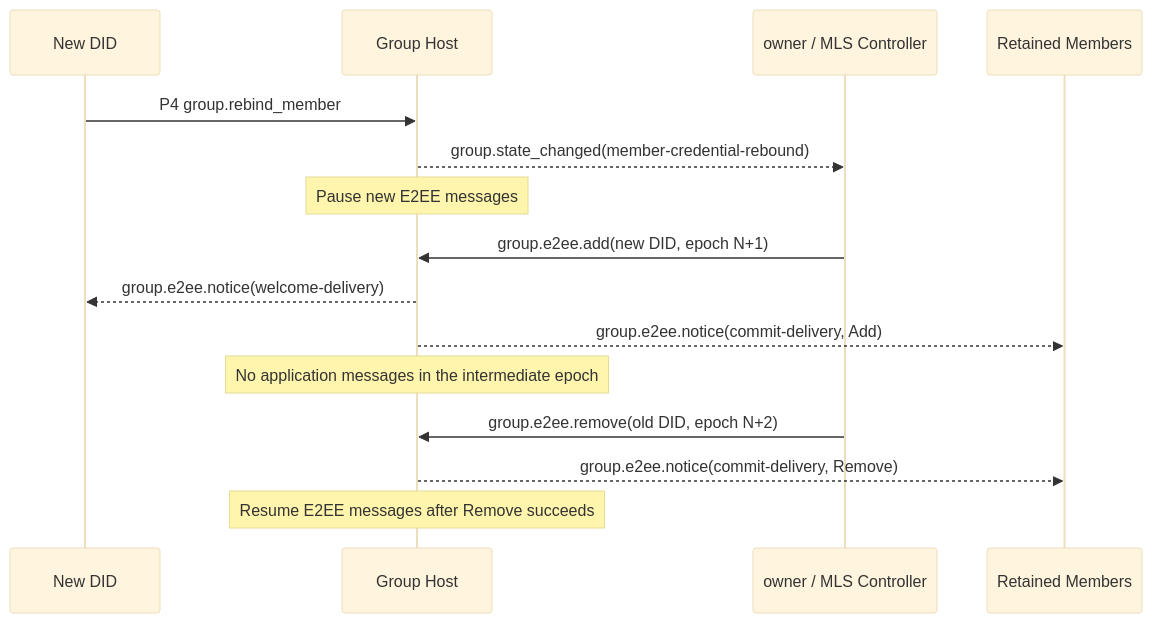
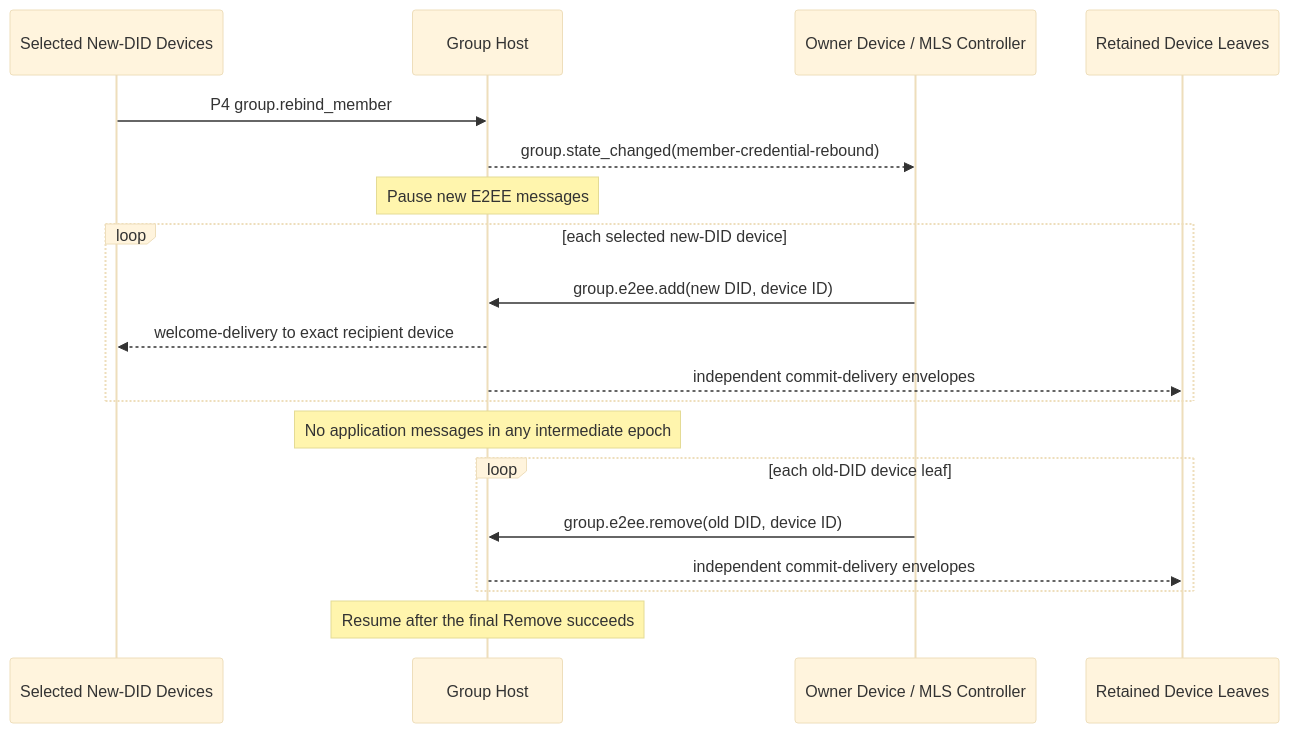
Before and after one commit to NeatNerdPrime/AgentNetworkProtocol: the ninth of 9 diagrams in message/vnext/06-group-end-to-end-encryption.md, drawn with Mermaid (base theme). The commit also changed other lines of this file and 31 other files, not shown here.

````diff
--- a/message/vnext/06-group-end-to-end-encryption.md
+++ b/message/vnext/06-group-end-to-end-encryption.md
@@ -1582,18 +1676,22 @@
 ```mermaid
 sequenceDiagram
-    participant N as New DID
+    participant N as Selected New-DID Devices
     participant H as Group Host
-    participant O as owner / MLS Controller
-    participant M as Retained Members
+    participant O as Owner Device / MLS Controller
+    participant M as Retained Device Leaves
 
     N->>H: P4 group.rebind_member
     H-->>O: group.state_changed(member-credential-rebound)
     Note over H: Pause new E2EE messages
-    O->>H: group.e2ee.add(new DID, epoch N+1)
-    H-->>N: group.e2ee.notice(welcome-delivery)
-    H-->>M: group.e2ee.notice(commit-delivery, Add)
-    Note over H: No application messages in the intermediate epoch
-    O->>H: group.e2ee.remove(old DID, epoch N+2)
-    H-->>M: group.e2ee.notice(commit-delivery, Remove)
-    Note over H: Resume E2EE messages after Remove succeeds
+    loop each selected new-DID device
+        O->>H: group.e2ee.add(new DID, device ID)
+        H-->>N: welcome-delivery to exact recipient device
+        H-->>M: independent commit-delivery envelopes
+    end
+    Note over H: No application messages in any intermediate epoch
+    loop each old-DID device leaf
+        O->>H: group.e2ee.remove(old DID, device ID)
+        H-->>M: independent commit-delivery envelopes
+    end
+    Note over H: Resume after the final Remove succeeds
 ```
````
